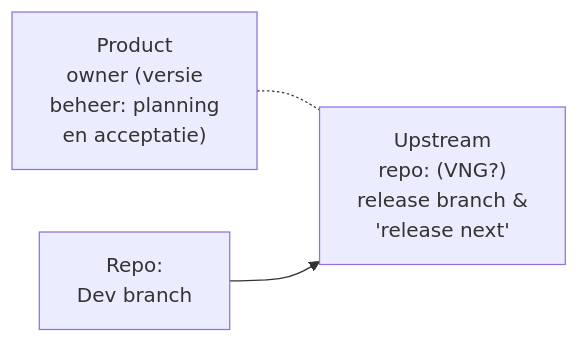
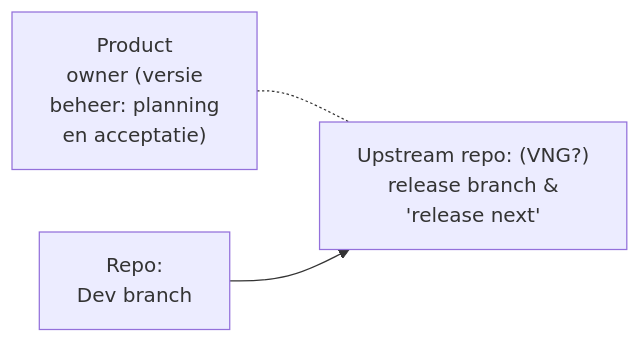
One commit to open-zaak/samenwerken changed the third of 8 diagrams in docs/verslag-ecosysteem-en-rollen.md. Above: the diagram before and after it, drawn with Mermaid. The commit also changed other lines of this file, not shown here.

````diff
--- a/docs/verslag-ecosysteem-en-rollen.md
+++ b/docs/verslag-ecosysteem-en-rollen.md
@@ -121,11 +119,11 @@
 ```mermaid
 graph LR
     %% Nodes
     Dev1["Repo:<br/>Dev branch"]
-    Upstream["Upstream<br/>repo: (VNG?)<br/>release branch &<br/>'release next'"]
+    Upstream["Upstream repo: (VNG?)<br/>release branch &<br/>'release next'"]
     PO["Product<br/>owner (versie<br/>beheer: planning<br/>en acceptatie)"]
 
     %% Connections
     PO -.- Upstream
     Dev1 --> Upstream
 ```
````
